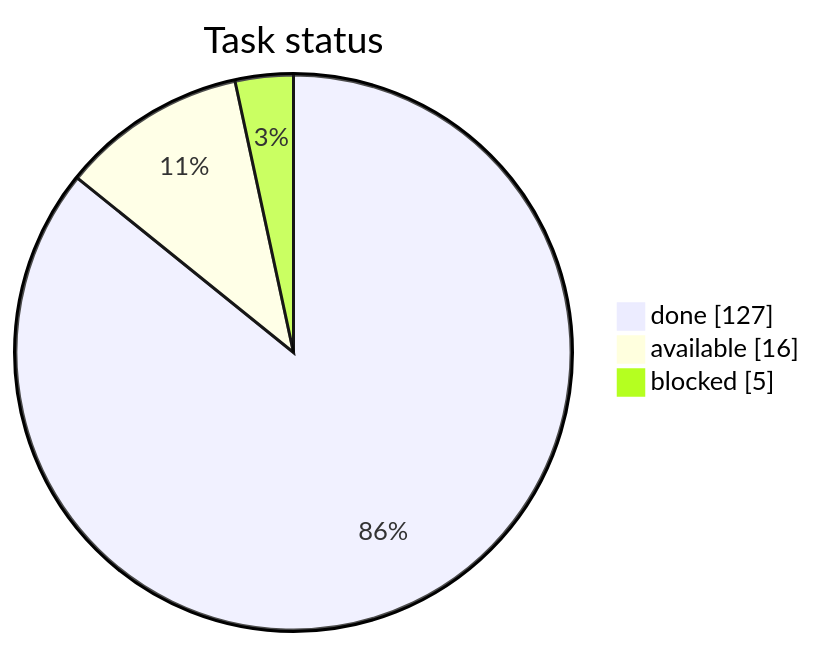
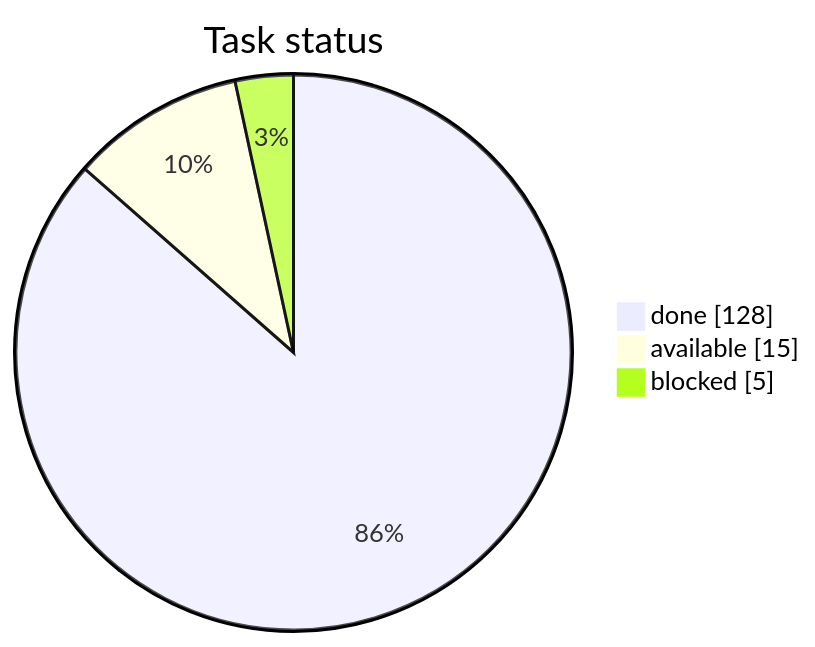
The first of 3 diagrams in STATUS.md (artemiiShabanov/RallyRivals), drawn with Mermaid before and after one commit. The commit also changed other lines of this file and 6 other files, not shown here.

````diff
--- a/STATUS.md
+++ b/STATUS.md
@@ -7,7 +7,7 @@
 ```mermaid
 pie showData
     title Task status
-    "done" : 127
-    "available" : 16
+    "done" : 128
+    "available" : 15
     "blocked" : 5
 ```
````
